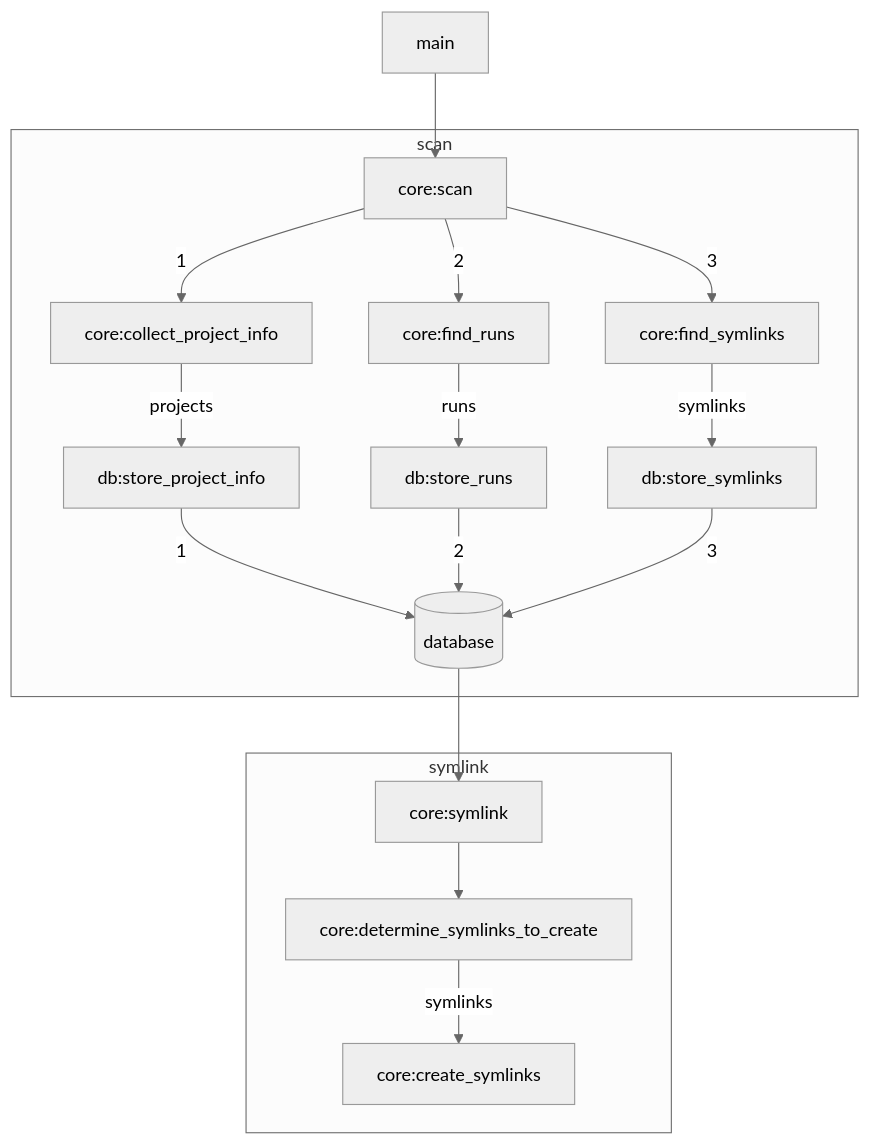
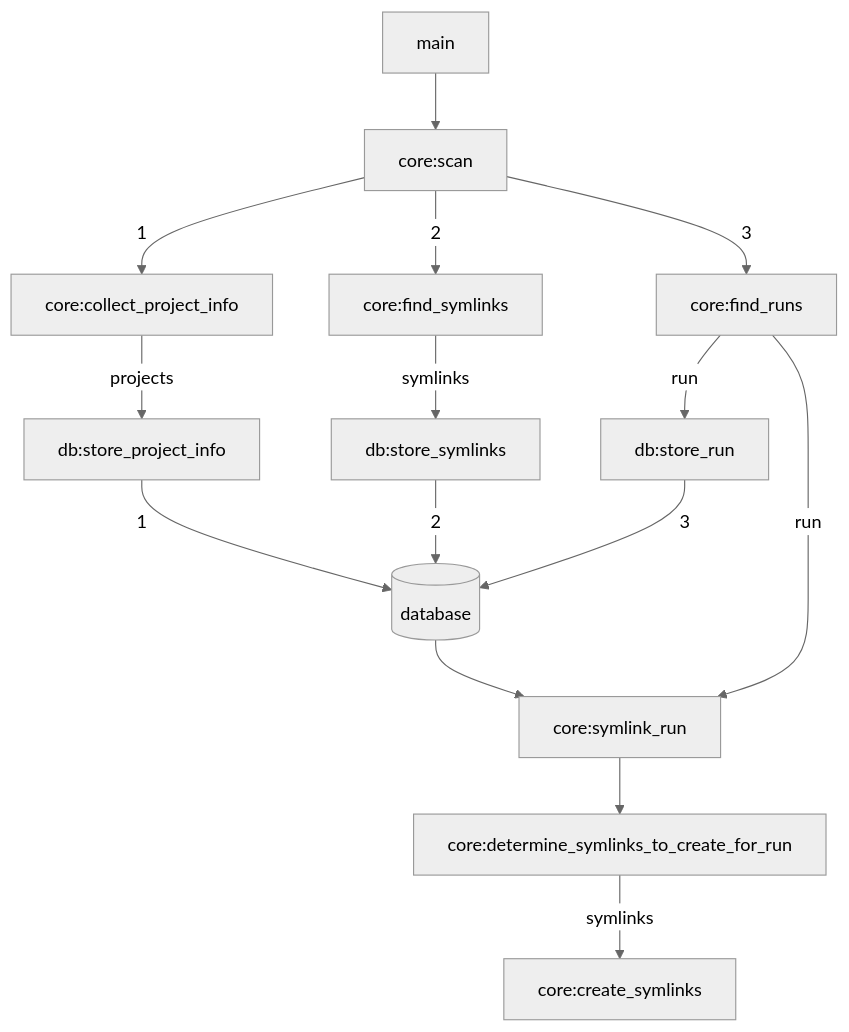
The diagram in README.md (BCCDC-PHL/auto-fastq-symlink), drawn with Mermaid (neutral theme) before and after one commit. The commit also changed other lines of this file and 1 other file, not shown here.

````diff
--- a/README.md
+++ b/README.md
@@ -72,30 +87,24 @@
 ```mermaid
 flowchart TD
     db[(database)]
 
     main --> core:scan
     
-    subgraph scan
-    
     core:scan -- 1 --> core:collect_project_info
     core:collect_project_info -- projects --> db:store_project_info
     db:store_project_info -- 1 --> db
 
-    core:scan -- 2 --> core:find_runs
-    core:find_runs -- runs --> db:store_runs
-    db:store_runs -- 2 --> db
+    core:scan -- 2 --> core:find_symlinks
+    core:find_symlinks -- symlinks --> db:store_symlinks
+    db:store_symlinks -- 2 --> db
 
-    core:scan -- 3 --> core:find_symlinks
-    core:find_symlinks -- symlinks --> db:store_symlinks
-    db:store_symlinks -- 3 --> db
+    core:scan -- 3 --> core:find_runs
+    core:find_runs -- run --> db:store_run
+    db:store_run -- 3 --> db
 
-    end
+    core:find_runs -- run --> core:symlink_run
 
-    subgraph symlink
-
-    db --> core:symlink
-    core:symlink --> core:determine_symlinks_to_create
-    core:determine_symlinks_to_create -- symlinks --> core:create_symlinks
-
-    end
+    db --> core:symlink_run
+    core:symlink_run --> core:determine_symlinks_to_create_for_run
+    core:determine_symlinks_to_create_for_run -- symlinks --> core:create_symlinks
 ```
````
